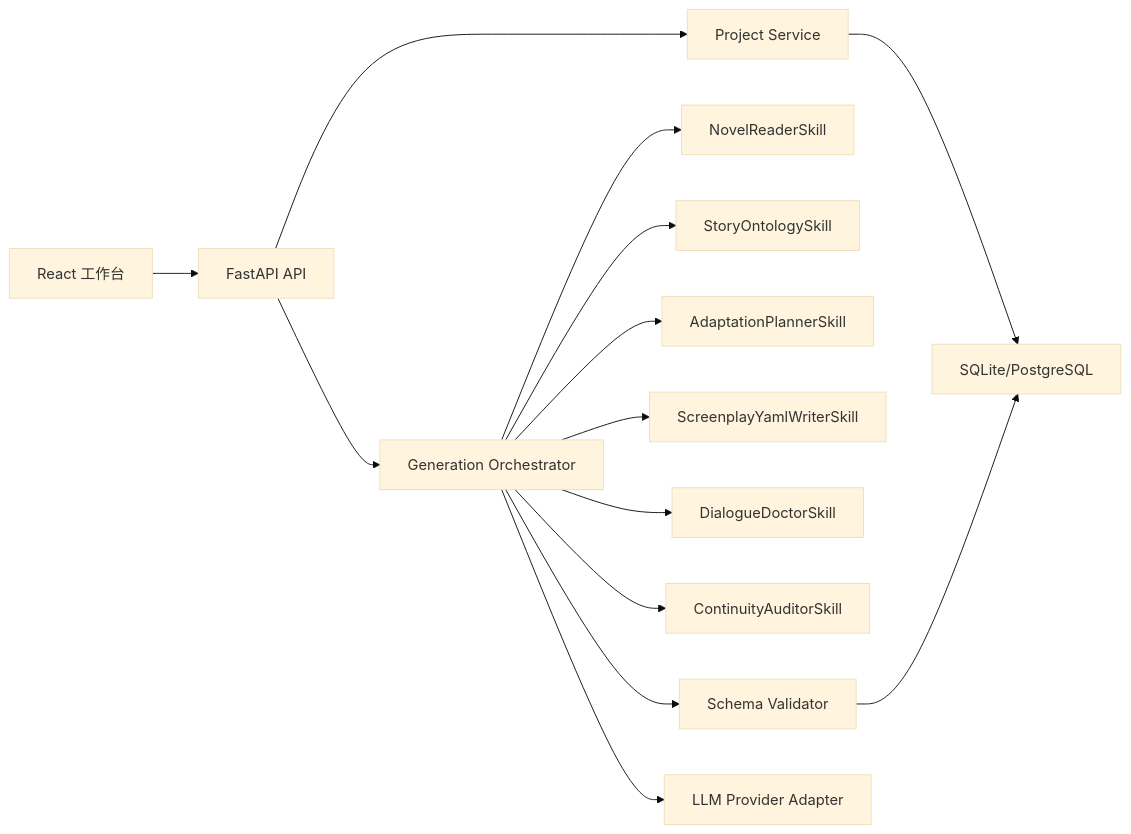
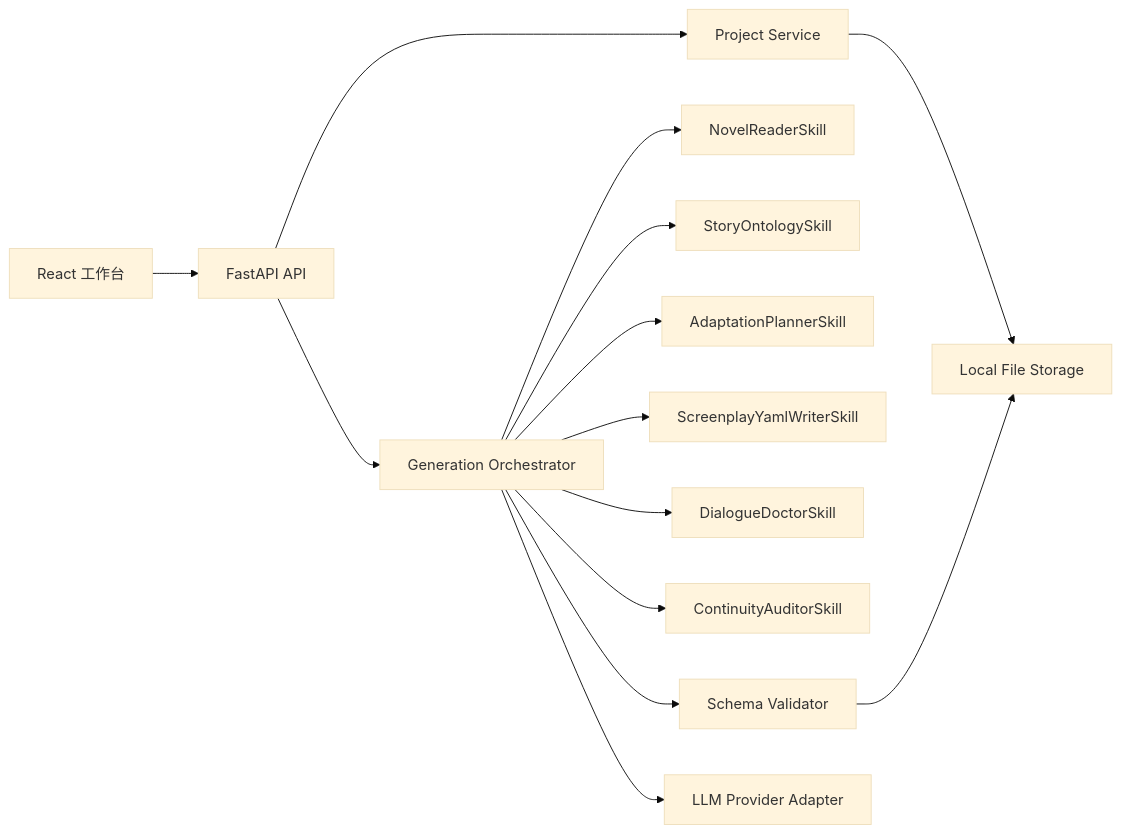
Before and after one commit to YileLiu-junior/Novel-to-Scripts: the diagram in docs/plans/2026-06-05-001-architecture-ai-novel-to-script-plan.md, drawn with Mermaid (base theme). The commit also changed other lines of this file and 4 other files, not shown here.

````diff
--- a/docs/plans/2026-06-05-001-architecture-ai-novel-to-script-plan.md
+++ b/docs/plans/2026-06-05-001-architecture-ai-novel-to-script-plan.md
@@ -58,16 +58,16 @@
 ```mermaid
 flowchart LR
   A["React 工作台"] --> B["FastAPI API"]
   B --> C["Project Service"]
   B --> D["Generation Orchestrator"]
   D --> E["NovelReaderSkill"]
   D --> F["StoryOntologySkill"]
   D --> G["AdaptationPlannerSkill"]
   D --> H["ScreenplayYamlWriterSkill"]
   D --> I["DialogueDoctorSkill"]
   D --> J["ContinuityAuditorSkill"]
   D --> K["Schema Validator"]
-  C --> L["SQLite/PostgreSQL"]
+  C --> L["Local File Storage"]
   K --> L
   D --> M["LLM Provider Adapter"]
 ```
````
